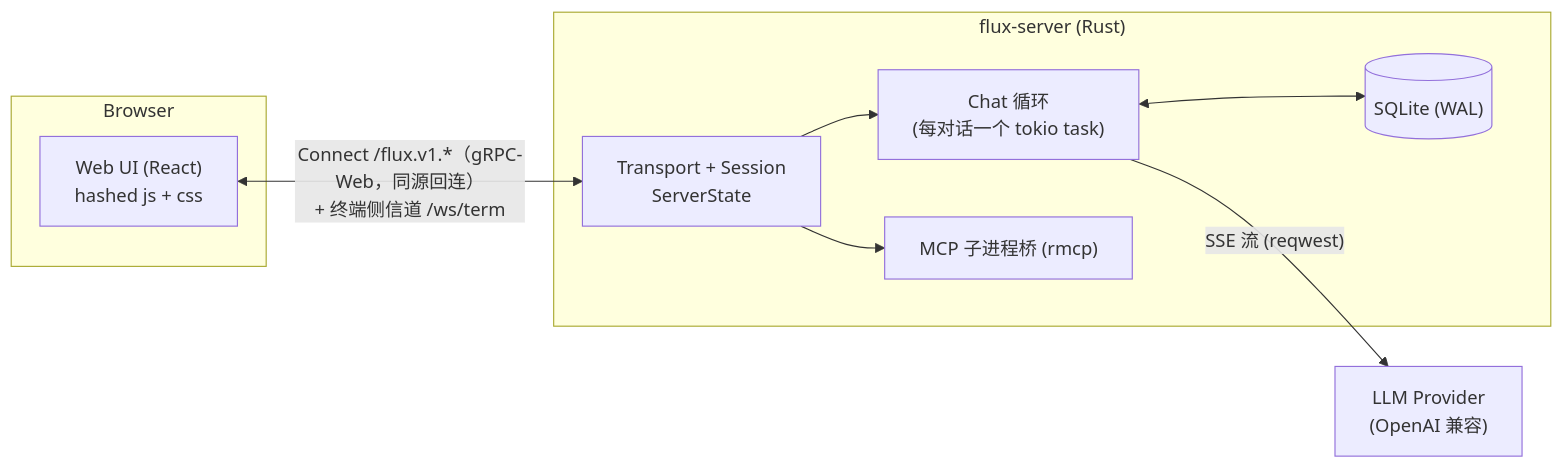
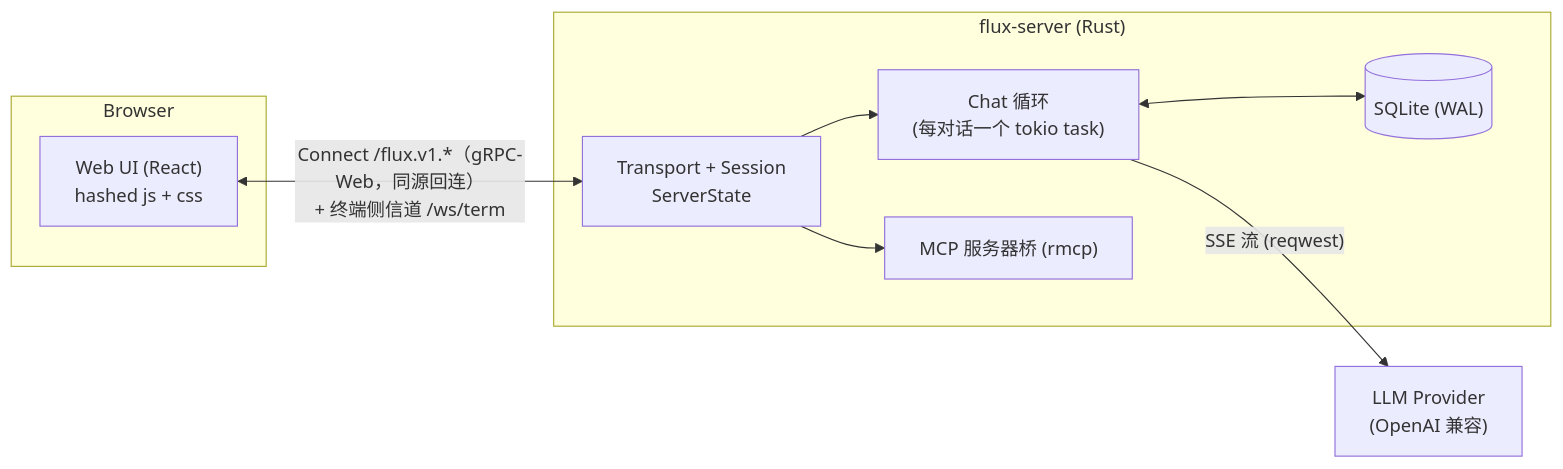
The first of 8 diagrams in docs/architecture.md (km0e/flux), drawn with Mermaid before and after one commit. The commit also changed other lines of this file and 20 other files, not shown here.

````diff
--- a/docs/architecture.md
+++ b/docs/architecture.md
@@ -37,17 +37,17 @@
 ```mermaid
 flowchart LR
  subgraph WEB["Browser"]
  WV["Web UI (React)<br/>hashed js + css"]
  end
  WV <-->|"Connect /flux.v1.*（gRPC-Web，同源回连）<br/>+ 终端侧信道 /ws/term"| SRV
  subgraph SERVER["flux-server (Rust)"]
  SRV["Transport + Session<br/>ServerState"]
  CHAT["Chat 循环<br/>(每对话一个 tokio task)"]
  STORE[("SQLite (WAL)")]
- MCP["MCP 子进程桥 (rmcp)"]
+ MCP["MCP 服务器桥 (rmcp)"]
  end
  SRV --> CHAT
  CHAT <--> STORE
  CHAT -->|"SSE 流 (reqwest)"| LLM["LLM Provider<br/>(OpenAI 兼容)"]
  SRV --> MCP
 ```
````
